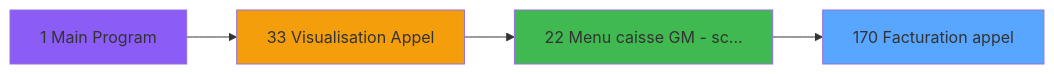
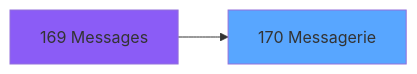
Before and after one commit to thonyAGP/lecteur-magic: the second of 3 diagrams in .openspec/specs/ADH-IDE-170.md, drawn with Mermaid. The commit also changed other lines of this file and 493 other files, not shown here.

````diff
--- a/.openspec/specs/ADH-IDE-170.md
+++ b/.openspec/specs/ADH-IDE-170.md
@@ -366,14 +244,8 @@
 ```mermaid
 graph LR
-    T170[170 Facturation appel]
+    T170[170 Messagerie]
     style T170 fill:#58a6ff
-    CC1[1 Main Program]
-    style CC1 fill:#8b5cf6
-    CC33[33 Visualisation Appel]
-    style CC33 fill:#f59e0b
-    CC22[22 Menu caisse GM - sc...]
-    style CC22 fill:#3fb950
-    CC33 --> CC22
-    CC1 --> CC33
-    CC22 --> T170
+    CC169[169 Messages]
+    style CC169 fill:#8b5cf6
+    CC169 --> T170
 ```
````
